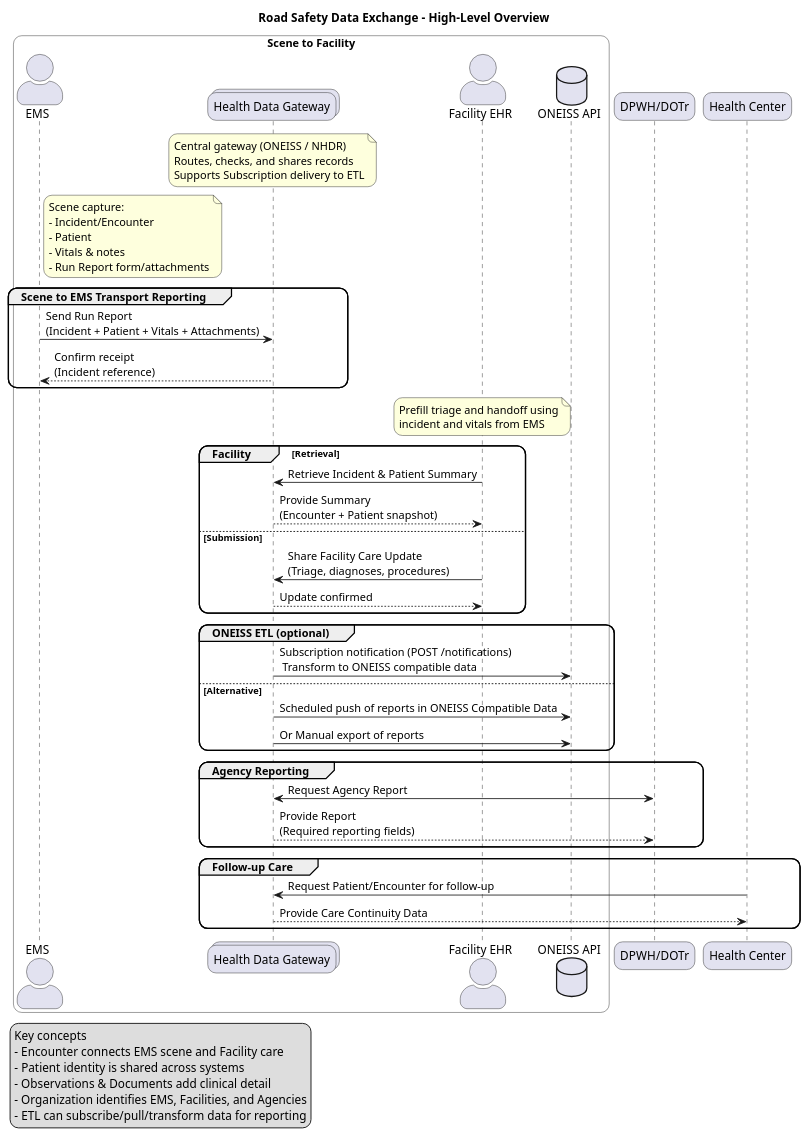
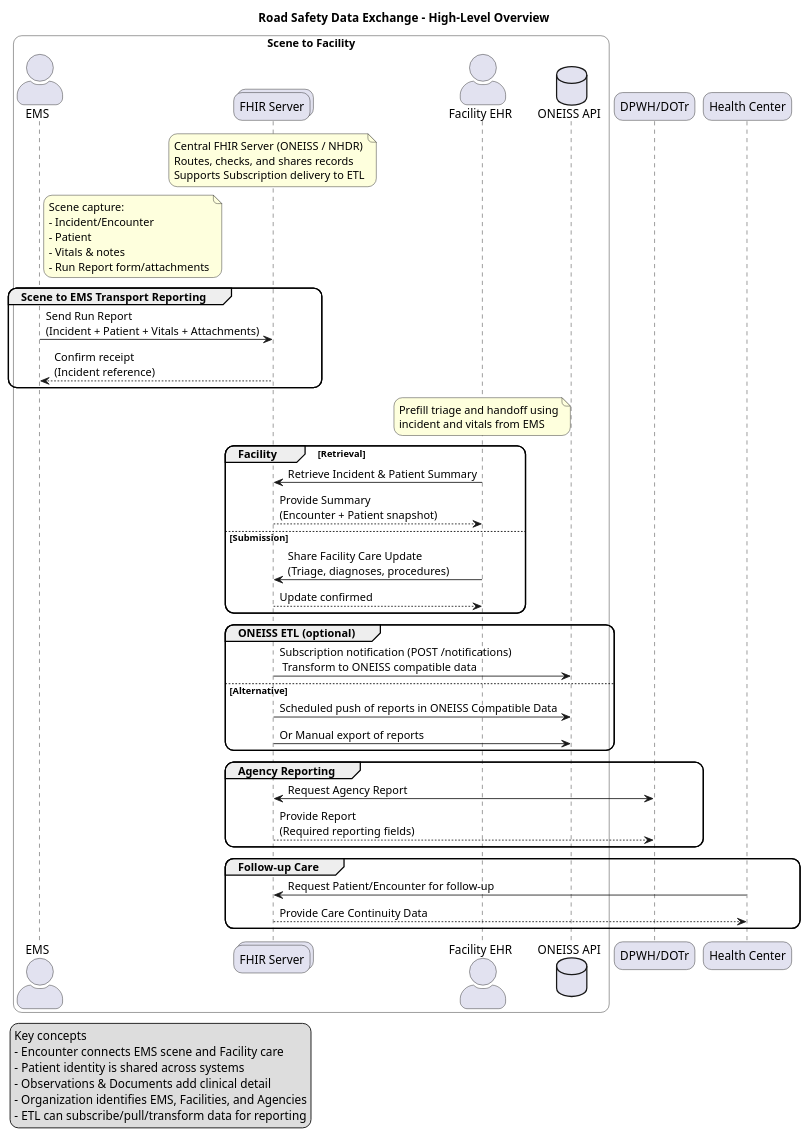
One commit to UPM-NTHC/PH-RoadSafetyIG changed the diagram in input/images-source/intro-1-high-level.plantuml. Above: the diagram before and after it, drawn with PlantUML. The commit also changed 6 other files, not shown here.

First line of the commit message:
docs(plantuml): rename Gateway to FHIR Server in intro diagrams

```diff
--- a/input/images-source/intro-1-high-level.plantuml
+++ b/input/images-source/intro-1-high-level.plantuml
@@ -1,72 +1,72 @@
 @startuml
 title Road Safety Data Exchange - High-Level Overview
 skinparam actorStyle awesome
 skinparam roundcorner 20
 box "Scene to Facility" #White
 actor EMS
-collections Gateway as "Health Data Gateway"
+collections FHIR as "FHIR Server"
 actor EHR as "Facility EHR"
 database ETL as "ONEISS API"
 end box
 participant DPWH as "DPWH/DOTr"
 participant HC as "Health Center"
 
-note over Gateway
-Central gateway (ONEISS / NHDR)
+note over FHIR
+Central FHIR Server (ONEISS / NHDR)
 Routes, checks, and shares records
 Supports Subscription delivery to ETL
 end note
 
 note right of EMS
 Scene capture:
 - Incident/Encounter
 - Patient
 - Vitals & notes
 - Run Report form/attachments
 end note
 
 group Scene to EMS Transport Reporting
-EMS -> Gateway : Send Run Report\n(Incident + Patient + Vitals + Attachments)
-Gateway --> EMS : Confirm receipt\n(Incident reference)
+EMS -> FHIR : Send Run Report\n(Incident + Patient + Vitals + Attachments)
+FHIR --> EMS : Confirm receipt\n(Incident reference)
 end
 
 note over EHR
 Prefill triage and handoff using
 incident and vitals from EMS
 end note
 
 group Facility [Retrieval]
-    EHR -> Gateway : Retrieve Incident & Patient Summary
-    Gateway --> EHR : Provide Summary\n(Encounter + Patient snapshot)
+    EHR -> FHIR : Retrieve Incident & Patient Summary
+    FHIR --> EHR : Provide Summary\n(Encounter + Patient snapshot)
 else Submission
-    EHR -> Gateway : Share Facility Care Update\n(Triage, diagnoses, procedures)
-    Gateway --> EHR : Update confirmed
+    EHR -> FHIR : Share Facility Care Update\n(Triage, diagnoses, procedures)
+    FHIR --> EHR : Update confirmed
 end
 
 group ONEISS ETL (optional)
-    Gateway -> ETL : Subscription notification (POST /notifications)\n Transform to ONEISS compatible data
+    FHIR -> ETL : Subscription notification (POST /notifications)\n Transform to ONEISS compatible data
 else Alternative
-    Gateway -> ETL : Scheduled push of reports in ONEISS Compatible Data
-    Gateway -> ETL : Or Manual export of reports
+    FHIR -> ETL : Scheduled push of reports in ONEISS Compatible Data
+    FHIR -> ETL : Or Manual export of reports
 end
 
 group Agency Reporting
-DPWH <-> Gateway : Request Agency Report
-Gateway --> DPWH : Provide Report\n(Required reporting fields)
+DPWH <-> FHIR : Request Agency Report
+FHIR --> DPWH : Provide Report\n(Required reporting fields)
 end
 
 group Follow-up Care
-HC -> Gateway : Request Patient/Encounter for follow-up
-Gateway --> HC : Provide Care Continuity Data
+HC -> FHIR : Request Patient/Encounter for follow-up
+FHIR --> HC : Provide Care Continuity Data
 end
 
 legend left
 Key concepts
 - Encounter connects EMS scene and Facility care
 - Patient identity is shared across systems
 - Observations & Documents add clinical detail
 - Organization identifies EMS, Facilities, and Agencies
 - ETL can subscribe/pull/transform data for reporting
 endlegend
 
 @enduml
```
